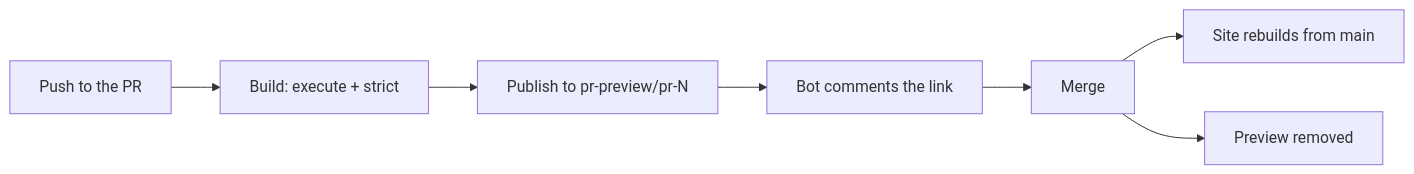
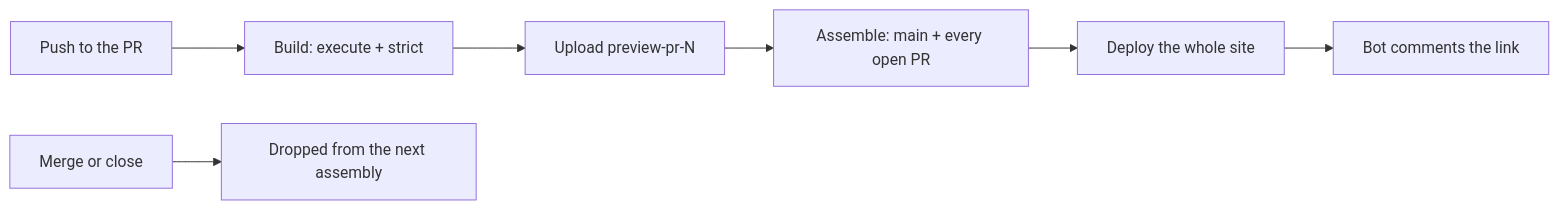
Before and after one commit to andrewendlinger/xmris: the diagram in docs/contribute/pull_requests.md, drawn with Mermaid. The commit also changed other lines of this file and 2 other files, not shown here.

First line of the commit message:
ci: publish the docs site from workflow artifacts, not a committed branch (#142)

````diff
--- a/docs/contribute/pull_requests.md
+++ b/docs/contribute/pull_requests.md
@@ -88,10 +90,10 @@
 ```{mermaid}
 %%{init: {'flowchart': {'htmlLabels': false}}}%%
 flowchart LR
     P["Push to the PR"] --> B["Build: execute + strict"]
-    B --> V["Publish to pr-preview/pr-N"]
-    V --> C["Bot comments the link"]
-    C --> M["Merge"]
-    M --> R["Site rebuilds from main"]
-    M --> X["Preview removed"]
+    B --> U["Upload preview-pr-N"]
+    U --> A["Assemble: main + every open PR"]
+    A --> D["Deploy the whole site"]
+    D --> C["Bot comments the link"]
+    M["Merge or close"] --> X["Dropped from the next assembly"]
 ```
````
